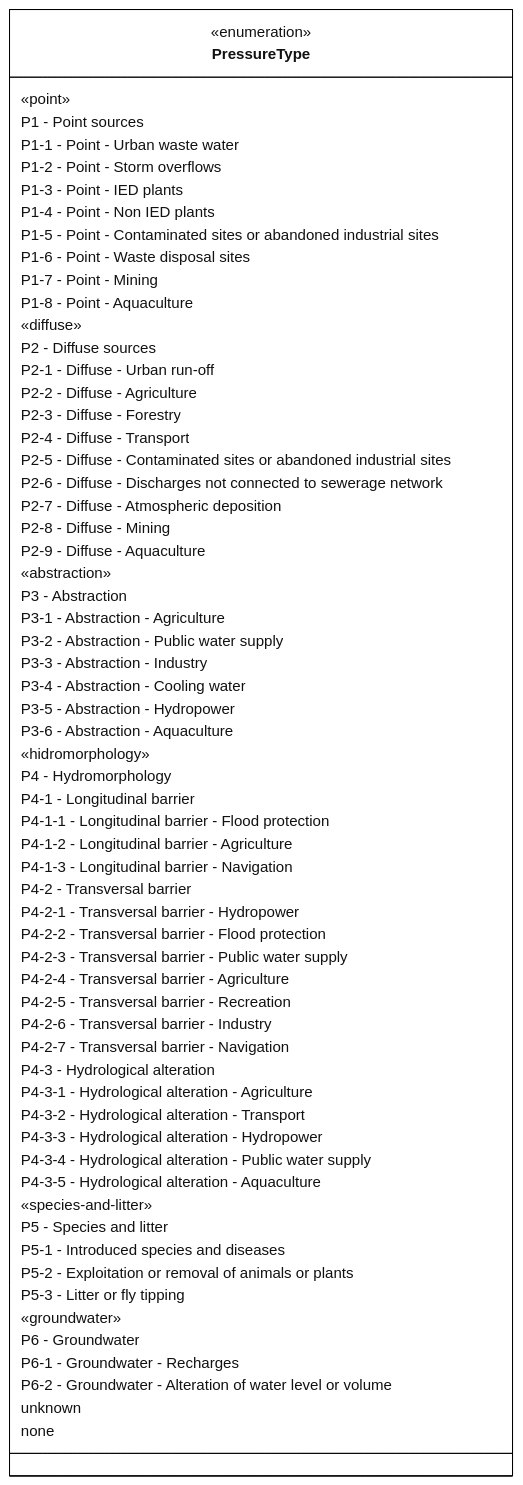
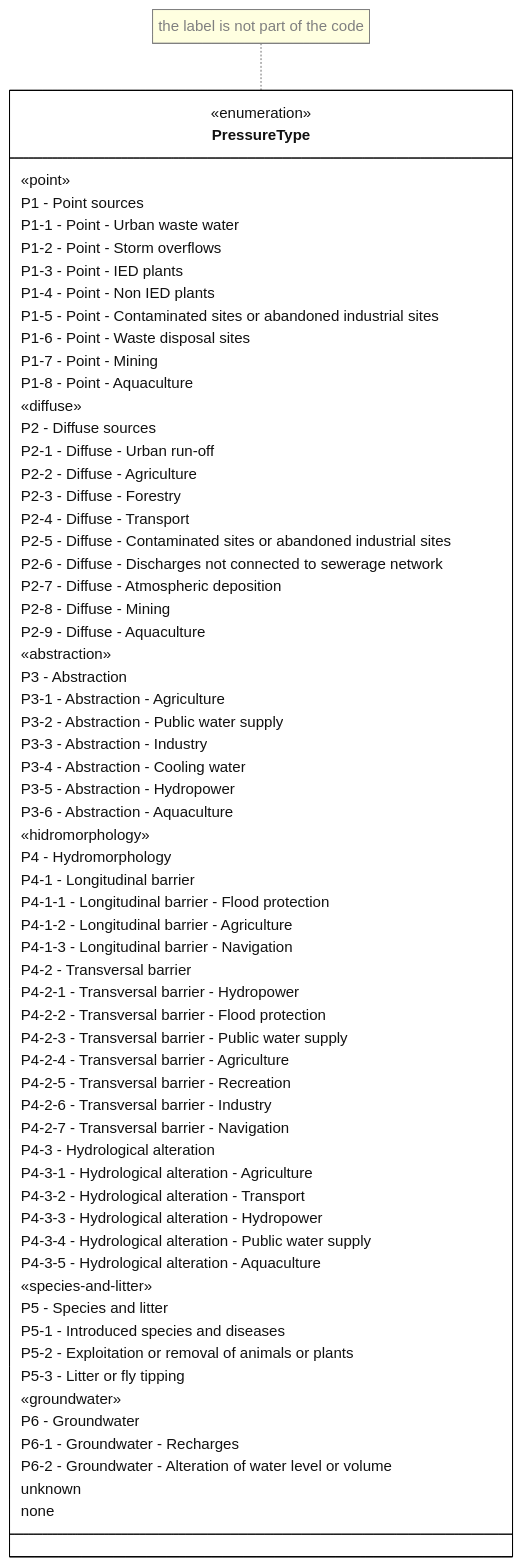
Before and after one commit to eeadata/WISE.WFD.Documentation: the diagram in docs/DataModelReview/mmd/Codelist_4thCycle_PressureType_ClassDiagram.mmd, drawn with Mermaid. The commit also changed 11 other files, not shown here.

Commit message:
Codelists for Monitoring (with pending definitions). Correction to the multiplicity of the chemicalMatrix and chemicalPurpose attributes. Adding note to the PressureType enumeration. Correcting style in a class diagram.

```diff
--- a/docs/DataModelReview/mmd/Codelist_4thCycle_PressureType_ClassDiagram.mmd
+++ b/docs/DataModelReview/mmd/Codelist_4thCycle_PressureType_ClassDiagram.mmd
@@ -1,82 +1,88 @@
 ---
 config:
   class:
     hideEmptyMembersBox: true
   layout: dagre
   theme: neutral
+  themeVariables:
+    noteBkgColor: lightYellow
+    noteTextColor: grey
+    noteBorderColor: grey 
 ---
 classDiagram
-direction LR
+direction TB
 
 class PressureType{
   <<enumeration>>
 
 «point»
 P1 - Point sources
 P1-1 - Point - Urban waste water
 P1-2 - Point - Storm overflows
 P1-3 - Point - IED plants
 P1-4 - Point - Non IED plants
 P1-5 - Point - Contaminated sites or abandoned industrial sites
 P1-6 - Point - Waste disposal sites
 P1-7 - Point - Mining
 P1-8 - Point - Aquaculture
 
 «diffuse»
 P2 - Diffuse sources
 P2-1 - Diffuse - Urban run-off
 P2-2 - Diffuse - Agriculture
 P2-3 - Diffuse - Forestry
 P2-4 - Diffuse - Transport
 P2-5 - Diffuse - Contaminated sites or abandoned industrial sites
 P2-6 - Diffuse - Discharges not connected to sewerage network
 P2-7 - Diffuse - Atmospheric deposition
 P2-8 - Diffuse - Mining
 P2-9 - Diffuse - Aquaculture
 
 «abstraction»
 P3 - Abstraction
 P3-1 - Abstraction - Agriculture
 P3-2 - Abstraction - Public water supply
 P3-3 - Abstraction - Industry
 P3-4 - Abstraction - Cooling water
 P3-5 - Abstraction - Hydropower
 P3-6 - Abstraction - Aquaculture
 
 «hidromorphology»
 P4 - Hydromorphology
 P4-1 - Longitudinal barrier
 P4-1-1 - Longitudinal barrier - Flood protection
 P4-1-2 - Longitudinal barrier - Agriculture
 P4-1-3 - Longitudinal barrier - Navigation
 P4-2 - Transversal barrier
 P4-2-1 - Transversal barrier - Hydropower
 P4-2-2 - Transversal barrier - Flood protection
 P4-2-3 - Transversal barrier - Public water supply
 P4-2-4 - Transversal barrier - Agriculture
 P4-2-5 - Transversal barrier - Recreation
 P4-2-6 - Transversal barrier - Industry
 P4-2-7 - Transversal barrier - Navigation
 P4-3 - Hydrological alteration
 P4-3-1 - Hydrological alteration - Agriculture
 P4-3-2 - Hydrological alteration - Transport
 P4-3-3 - Hydrological alteration - Hydropower
 P4-3-4 - Hydrological alteration - Public water supply
 P4-3-5 - Hydrological alteration - Aquaculture
 
 «species-and-litter»
 P5 - Species and litter
 P5-1 - Introduced species and diseases
 P5-2 - Exploitation or removal of animals or plants
 P5-3 - Litter or fly tipping
 
 «groundwater»
 P6 - Groundwater
 P6-1 - Groundwater - Recharges
 P6-2 - Groundwater - Alteration of water level or volume
 unknown
 none
 }
 
+note for PressureType "the label is not part of the code"
+
 classDef default fill:white,stroke:#000;
 classDef forFixing fill:white,stroke:#f00;
```
